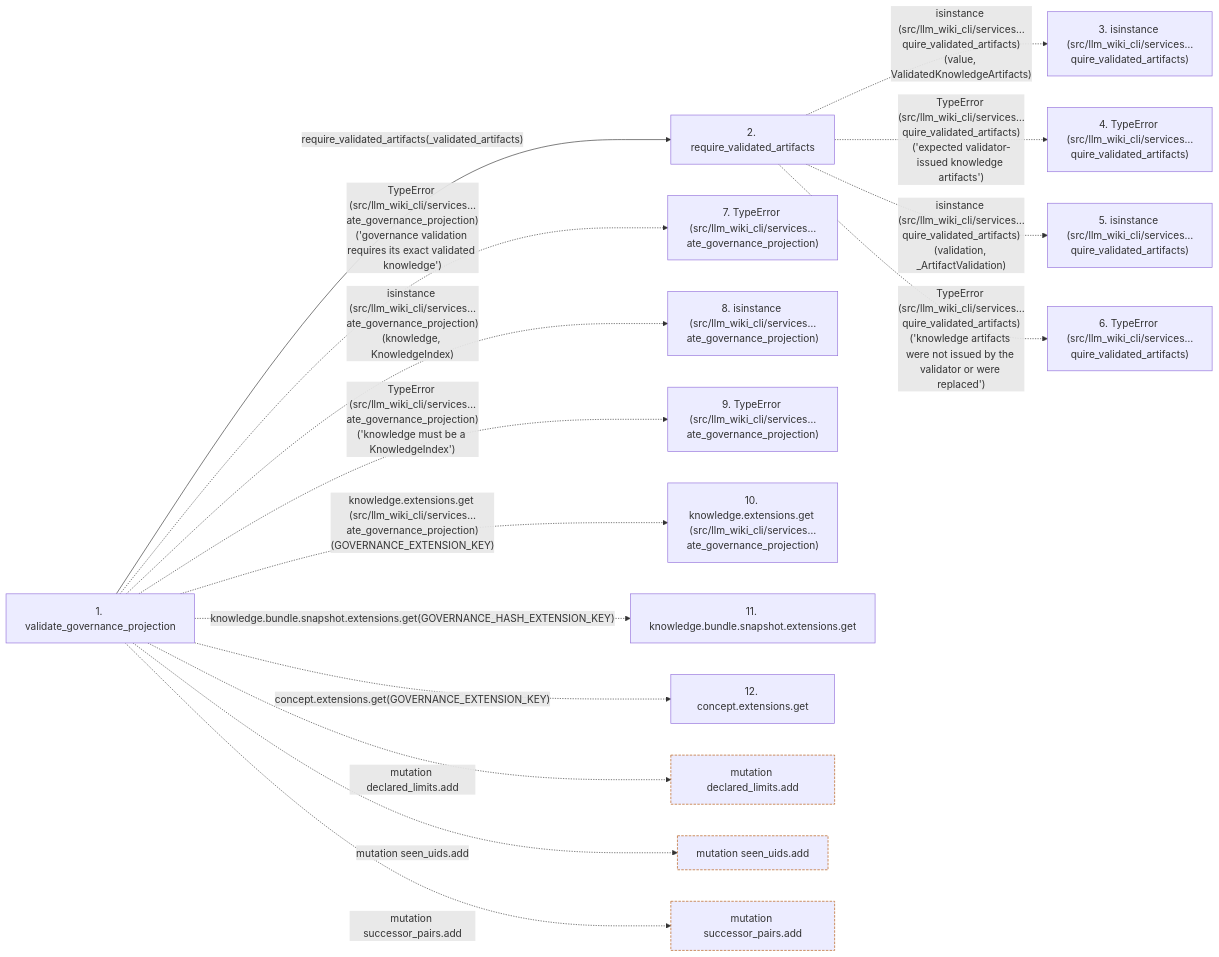
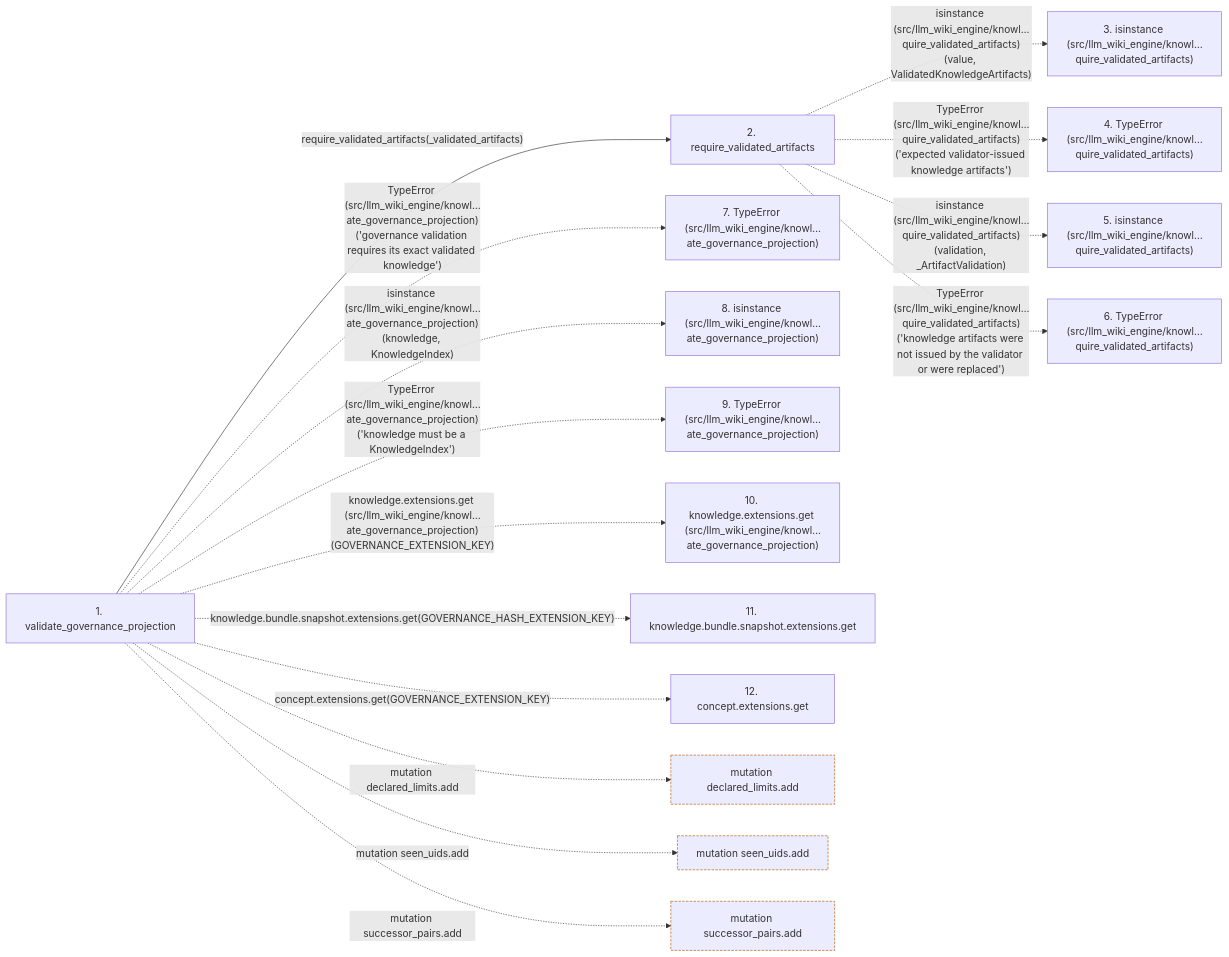
Before and after one commit to Denissvgn/python-wiki-llm: the second of 2 diagrams in docs/llm_wiki/flows/api-validate_governance_projection.md, drawn with Mermaid. The commit also changed other lines of this file and 1058 other files, not shown here.

First line of the commit message:
docs: refresh the wiki for the knowledge store move

````diff
--- a/docs/llm_wiki/flows/api-validate_governance_projection.md
+++ b/docs/llm_wiki/flows/api-validate_governance_projection.md
@@ -143,38 +143,38 @@
 ```mermaid
 flowchart LR
     s1["1. validate_governance_projection"]
     s2["2. require_validated_artifacts"]
-    s3["3. isinstance (src/llm_wiki_cli/services…quire_validated_artifacts)"]
-    s4["4. TypeError (src/llm_wiki_cli/services…quire_validated_artifacts)"]
-    s5["5. isinstance (src/llm_wiki_cli/services…quire_validated_artifacts)"]
-    s6["6. TypeError (src/llm_wiki_cli/services…quire_validated_artifacts)"]
-    s7["7. TypeError (src/llm_wiki_cli/services…ate_governance_projection)"]
-    s8["8. isinstance (src/llm_wiki_cli/services…ate_governance_projection)"]
-    s9["9. TypeError (src/llm_wiki_cli/services…ate_governance_projection)"]
-    s10["10. knowledge.extensions.get (src/llm_wiki_cli/services…ate_governance_projection)"]
+    s3["3. isinstance (src/llm_wiki_engine/knowl…quire_validated_artifacts)"]
+    s4["4. TypeError (src/llm_wiki_engine/knowl…quire_validated_artifacts)"]
+    s5["5. isinstance (src/llm_wiki_engine/knowl…quire_validated_artifacts)"]
+    s6["6. TypeError (src/llm_wiki_engine/knowl…quire_validated_artifacts)"]
+    s7["7. TypeError (src/llm_wiki_engine/knowl…ate_governance_projection)"]
+    s8["8. isinstance (src/llm_wiki_engine/knowl…ate_governance_projection)"]
+    s9["9. TypeError (src/llm_wiki_engine/knowl…ate_governance_projection)"]
+    s10["10. knowledge.extensions.get (src/llm_wiki_engine/knowl…ate_governance_projection)"]
     s11["11. knowledge.bundle.snapshot.extensions.get"]
     s12["12. concept.extensions.get"]
     s1 -->|"require_validated_artifacts(_validated_artifacts)"| s2
-    s2 -. "isinstance (src/llm_wiki_cli/services…quire_validated_artifacts)(value, ValidatedKnowledgeArtifacts)" .-> s3
-    s2 -. "TypeError (src/llm_wiki_cli/services…quire_validated_artifacts)('expected validator-issued knowledge artifacts')" .-> s4
-    s2 -. "isinstance (src/llm_wiki_cli/services…quire_validated_artifacts)(validation, _ArtifactValidation)" .-> s5
-    s2 -. "TypeError (src/llm_wiki_cli/services…quire_validated_artifacts)('knowledge artifacts were not issued by the validator or were replaced')" .-> s6
-    s1 -. "TypeError (src/llm_wiki_cli/services…ate_governance_projection)('governance validation requires its exact validated knowledge')" .-> s7
-    s1 -. "isinstance (src/llm_wiki_cli/services…ate_governance_projection)(knowledge, KnowledgeIndex)" .-> s8
-    s1 -. "TypeError (src/llm_wiki_cli/services…ate_governance_projection)('knowledge must be a KnowledgeIndex')" .-> s9
-    s1 -. "knowledge.extensions.get (src/llm_wiki_cli/services…ate_governance_projection)(GOVERNANCE_EXTENSION_KEY)" .-> s10
+    s2 -. "isinstance (src/llm_wiki_engine/knowl…quire_validated_artifacts)(value, ValidatedKnowledgeArtifacts)" .-> s3
+    s2 -. "TypeError (src/llm_wiki_engine/knowl…quire_validated_artifacts)('expected validator-issued knowledge artifacts')" .-> s4
+    s2 -. "isinstance (src/llm_wiki_engine/knowl…quire_validated_artifacts)(validation, _ArtifactValidation)" .-> s5
+    s2 -. "TypeError (src/llm_wiki_engine/knowl…quire_validated_artifacts)('knowledge artifacts were not issued by the validator or were replaced')" .-> s6
+    s1 -. "TypeError (src/llm_wiki_engine/knowl…ate_governance_projection)('governance validation requires its exact validated knowledge')" .-> s7
+    s1 -. "isinstance (src/llm_wiki_engine/knowl…ate_governance_projection)(knowledge, KnowledgeIndex)" .-> s8
+    s1 -. "TypeError (src/llm_wiki_engine/knowl…ate_governance_projection)('knowledge must be a KnowledgeIndex')" .-> s9
+    s1 -. "knowledge.extensions.get (src/llm_wiki_engine/knowl…ate_governance_projection)(GOVERNANCE_EXTENSION_KEY)" .-> s10
     s1 -. "knowledge.bundle.snapshot.extensions.get(GOVERNANCE_HASH_EXTENSION_KEY)" .-> s11
     s1 -. "concept.extensions.get(GOVERNANCE_EXTENSION_KEY)" .-> s12
     b0["mutation declared_limits.add"]
     s1 -. "mutation declared_limits.add" .-> b0
     b1["mutation seen_uids.add"]
     s1 -. "mutation seen_uids.add" .-> b1
     b2["mutation successor_pairs.add"]
     s1 -. "mutation successor_pairs.add" .-> b2
     click s1 "../modules/knowledge_governance.md"
     click s2 "../modules/knowledge_artifacts.md"
     classDef boundary stroke:#b45309,stroke-dasharray: 4 2
     class b0 boundary
     class b1 boundary
     class b2 boundary
 ```
````
